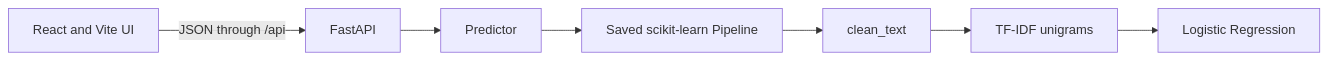
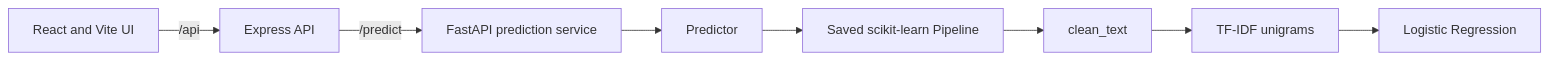
Before and after one commit to Yash-1704/Fake-News-Predictor: the diagram in README.md, drawn with Mermaid. The commit also changed other lines of this file and 120 other files, not shown here.

````diff
--- a/README.md
+++ b/README.md
@@ -100,9 +107,10 @@
 ```mermaid
 flowchart LR
-  UI[React and Vite UI] -->|JSON through /api| API[FastAPI]
-  API --> P[Predictor]
+  UI[React and Vite UI] -->|/api| API[Express API]
+  API -->|/predict| MLAPI[FastAPI prediction service]
+  MLAPI --> P[Predictor]
   P --> PIPE[Saved scikit-learn Pipeline]
   PIPE --> CLEAN[clean_text]
   CLEAN --> TFIDF[TF-IDF unigrams]
   TFIDF --> LR[Logistic Regression]
 ```
````
